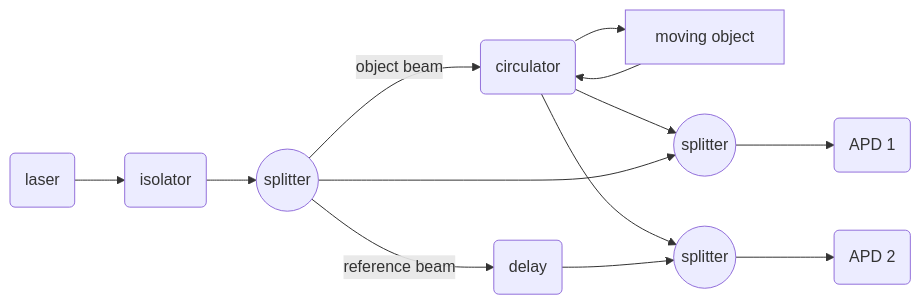
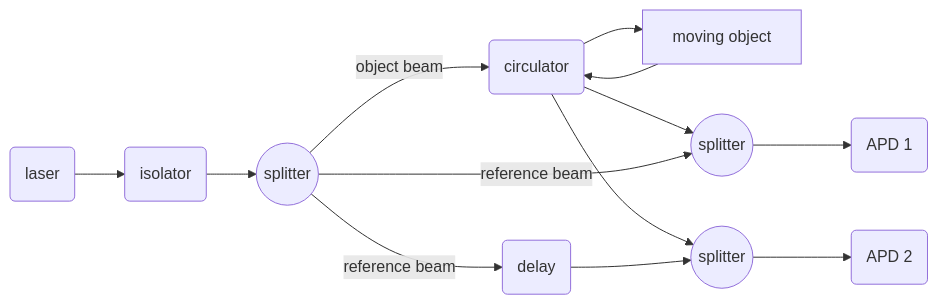
One commit to Apollo3zehn/Vibrometer changed the second of 2 diagrams in doc/flow_diagram.md. Above: the diagram before and after it, drawn with Mermaid. The commit also changed 2 other files, not shown here.

Commit message:
Update diagram.

````diff
--- a/doc/flow_diagram.md
+++ b/doc/flow_diagram.md
@@ -25,29 +25,29 @@
 ```mermaid
 graph LR
 
     laser(laser)
     object[moving object]
     splitterY((splitter))
     splitterY1((splitter))
     splitterY2((splitter))
     isolator(isolator)
     circulator(circulator)
     delay(delay)
     APD1(APD 1)
     APD2(APD 2)
 
     laser --> isolator 
     isolator --> splitterY
     splitterY --> |object beam| circulator
     circulator --> object
     object --> circulator
 
     circulator --> splitterY1
-    splitterY --> splitterY1
+    splitterY --> |reference beam| splitterY1
     splitterY1 --> APD1
 
     circulator --> splitterY2
     splitterY --> |reference beam| delay
     delay --> splitterY2
     splitterY2 --> APD2
 ```
````
